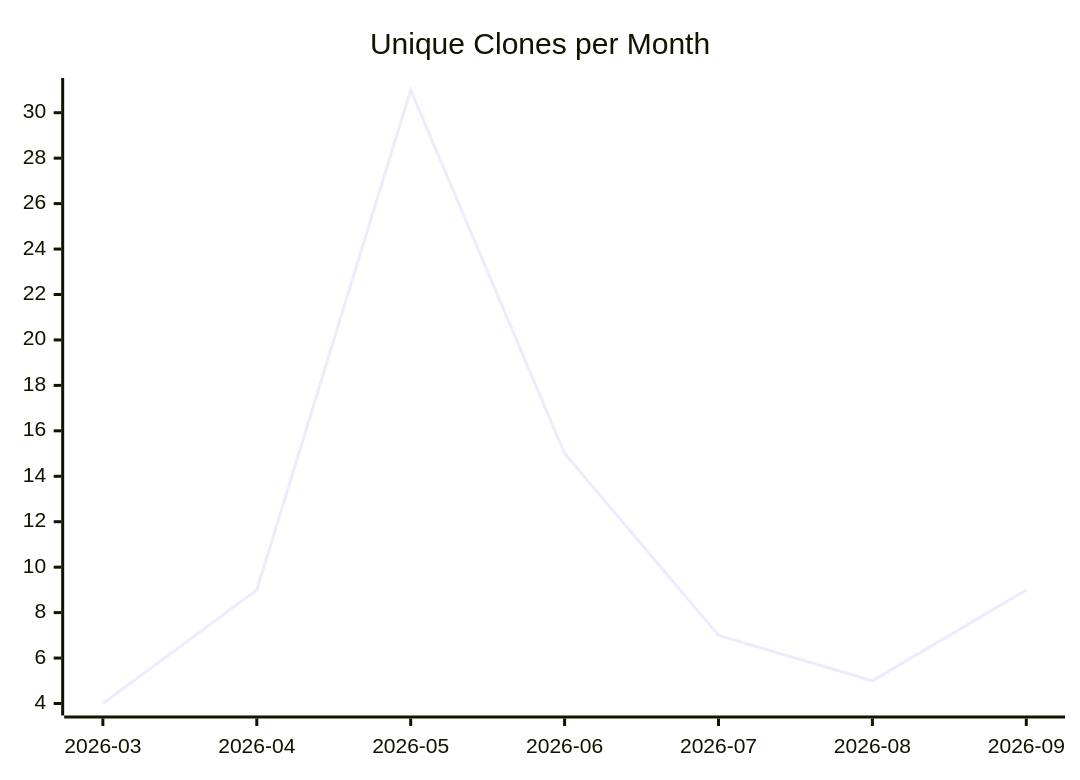
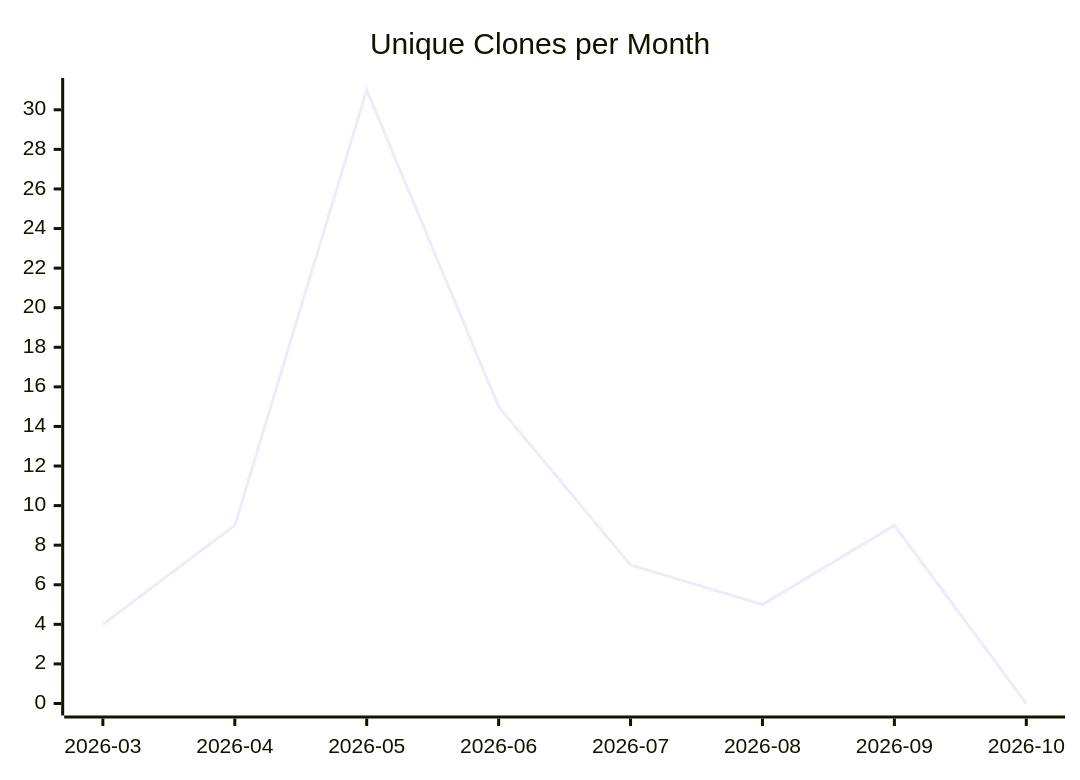
Before and after one commit to justdavis-family/github-analytics-data: the third of 3 diagrams in karlmdavis/ansible-role-rcm-dotfiles/README.md, drawn with Mermaid. The commit also changed other lines of this file and 202 other files, not shown here.

````diff
--- a/karlmdavis/ansible-role-rcm-dotfiles/README.md
+++ b/karlmdavis/ansible-role-rcm-dotfiles/README.md
@@ -19,6 +19,6 @@
 ```mermaid
 xychart-beta
   title "Unique Clones per Month"
-  x-axis ["2026-03", "2026-04", "2026-05", "2026-06", "2026-07", "2026-08", "2026-09"]
-  line [4, 9, 31, 15, 7, 5, 9]
+  x-axis ["2026-03", "2026-04", "2026-05", "2026-06", "2026-07", "2026-08", "2026-09", "2026-10"]
+  line [4, 9, 31, 15, 7, 5, 9, 0]
 ```
````
